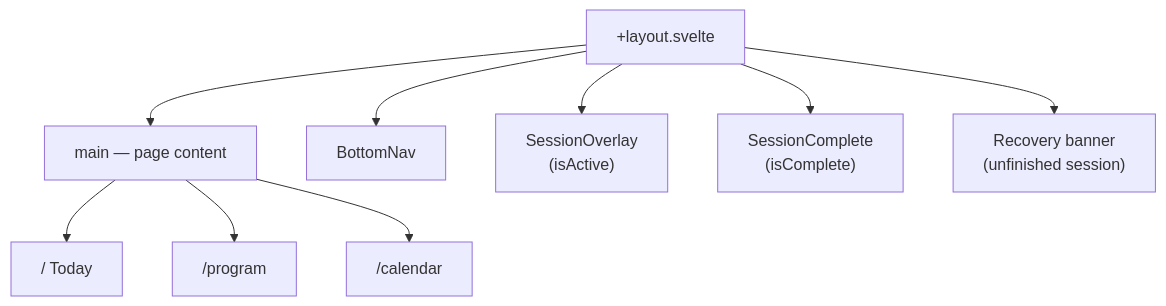
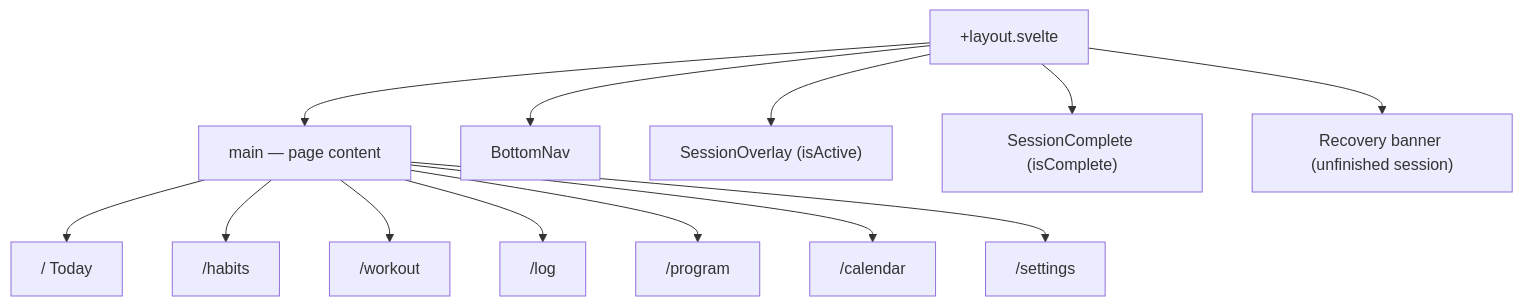
Before and after one commit to jermbo/CosmicWorkOut: the first of 2 diagrams in docs/implementation/app-structure.md, drawn with Mermaid. The commit also changed other lines of this file and 97 other files, not shown here.

````diff
--- a/docs/implementation/app-structure.md
+++ b/docs/implementation/app-structure.md
@@ -23,13 +27,17 @@
 ```mermaid
 flowchart TB
     Layout["+layout.svelte"]
     Layout --> Main["main — page content"]
     Layout --> Nav[BottomNav]
-    Layout --> Overlay["SessionOverlay<br/>(isActive)"]
-    Layout --> Complete["SessionComplete<br/>(isComplete)"]
-    Layout --> Recovery["Recovery banner<br/>(unfinished session)"]
+    Layout --> Overlay["SessionOverlay (isActive)"]
+    Layout --> Complete["SessionComplete (isComplete)"]
+    Layout --> Recovery["Recovery banner (unfinished session)"]
 
     Main --> Today["/ Today"]
+    Main --> Habits["/habits"]
+    Main --> Workout["/workout"]
+    Main --> Log["/log"]
     Main --> Program["/program"]
     Main --> Calendar["/calendar"]
+    Main --> Settings["/settings"]
 ```
````
